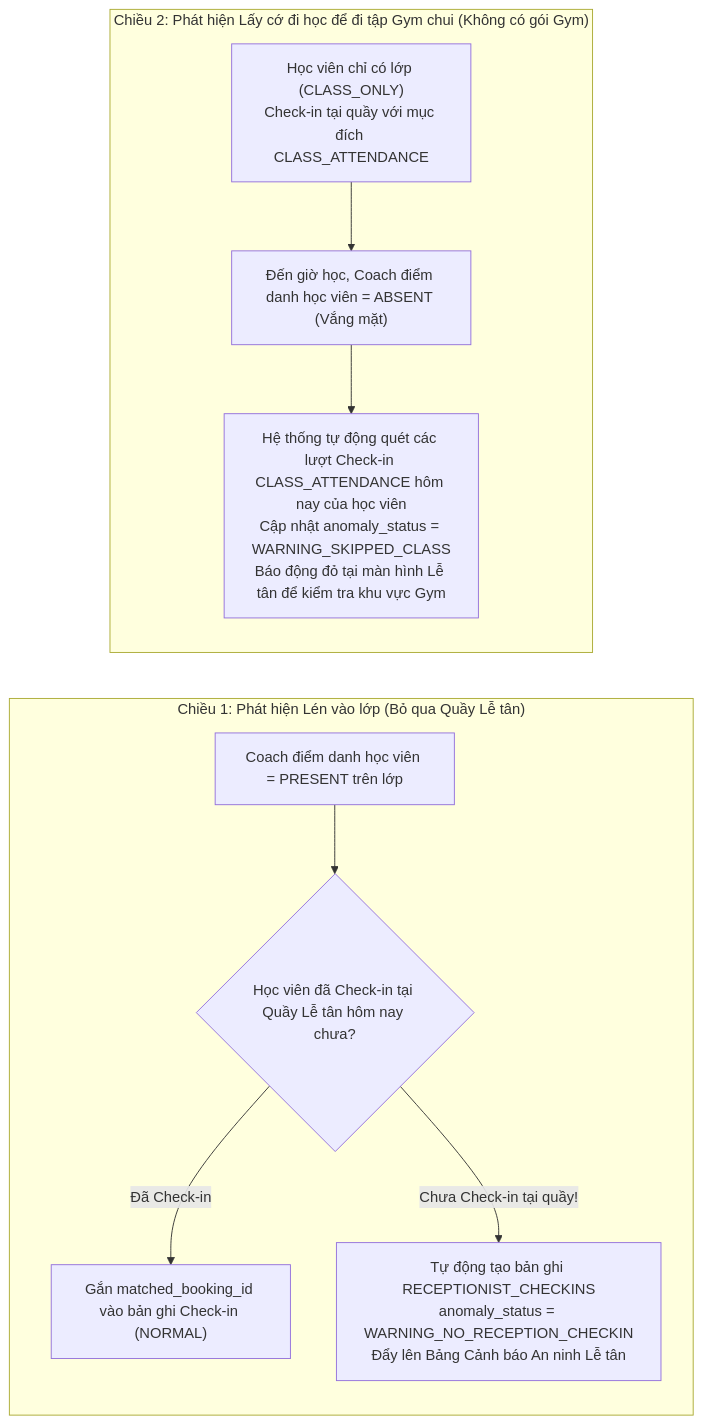
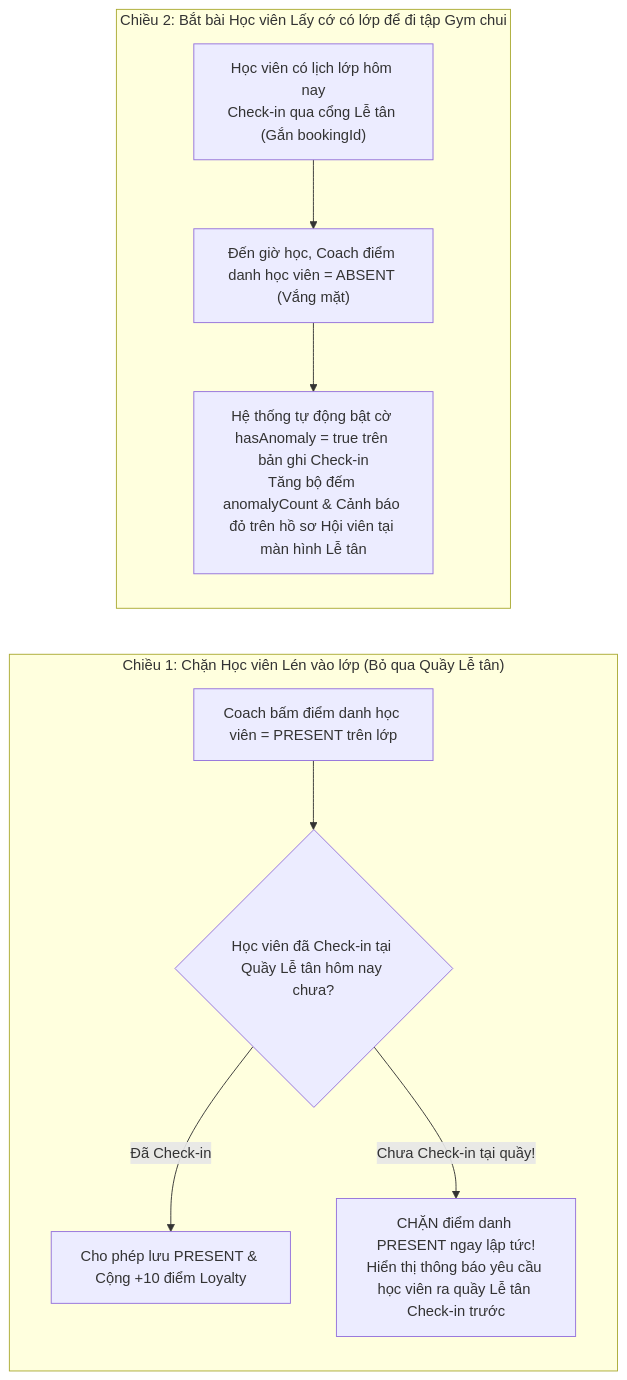
The seventh of 7 diagrams in BUSINESS_RULES_AND_WORKFLOWS.md (DinDin2312/SWP391-team-4), drawn with Mermaid before and after one commit. The commit also changed other lines of this file and 2 other files, not shown here.

Commit message:
complete checkin feature

````diff
--- a/BUSINESS_RULES_AND_WORKFLOWS.md
+++ b/BUSINESS_RULES_AND_WORKFLOWS.md
@@ -394,13 +396,13 @@
 ```mermaid
 flowchart LR
-    subgraph "Chiều 1: Phát hiện Lén vào lớp (Bỏ qua Quầy Lễ tân)"
-        C1["Coach điểm danh học viên = PRESENT trên lớp"] --> Q1{"Học viên đã Check-in tại Quầy Lễ tân hôm nay chưa?"}
-        Q1 -- "Đã Check-in" --> OK1["Gắn matched_booking_id vào bản ghi Check-in (NORMAL)"]
-        Q1 -- "Chưa Check-in tại quầy!" --> W1["Tự động tạo bản ghi RECEPTIONIST_CHECKINS<br/>anomaly_status = WARNING_NO_RECEPTION_CHECKIN<br/>Đẩy lên Bảng Cảnh báo An ninh Lễ tân"]
+    subgraph "Chiều 1: Chặn Học viên Lén vào lớp (Bỏ qua Quầy Lễ tân)"
+        C1["Coach bấm điểm danh học viên = PRESENT trên lớp"] --> Q1{"Học viên đã Check-in tại Quầy Lễ tân hôm nay chưa?"}
+        Q1 -- "Đã Check-in" --> OK1["Cho phép lưu PRESENT & Cộng +10 điểm Loyalty"]
+        Q1 -- "Chưa Check-in tại quầy!" --> W1["CHẶN điểm danh PRESENT ngay lập tức!<br/>Hiển thị thông báo yêu cầu học viên ra quầy Lễ tân Check-in trước"]
     end
 
-    subgraph "Chiều 2: Phát hiện Lấy cớ đi học để đi tập Gym chui (Không có gói Gym)"
-        R2["Học viên chỉ có lớp (CLASS_ONLY)<br/>Check-in tại quầy với mục đích CLASS_ATTENDANCE"] --> C2["Đến giờ học, Coach điểm danh học viên = ABSENT (Vắng mặt)"]
-        C2 --> W2["Hệ thống tự động quét các lượt Check-in CLASS_ATTENDANCE hôm nay của học viên<br/>Cập nhật anomaly_status = WARNING_SKIPPED_CLASS<br/>Báo động đỏ tại màn hình Lễ tân để kiểm tra khu vực Gym"]
+    subgraph "Chiều 2: Bắt bài Học viên Lấy cớ có lớp để đi tập Gym chui"
+        R2["Học viên có lịch lớp hôm nay<br/>Check-in qua cổng Lễ tân (Gắn bookingId)"] --> C2["Đến giờ học, Coach điểm danh học viên = ABSENT (Vắng mặt)"]
+        C2 --> W2["Hệ thống tự động bật cờ hasAnomaly = true trên bản ghi Check-in<br/>Tăng bộ đếm anomalyCount & Cảnh báo đỏ trên hồ sơ Hội viên tại màn hình Lễ tân"]
     end
 ```
````
